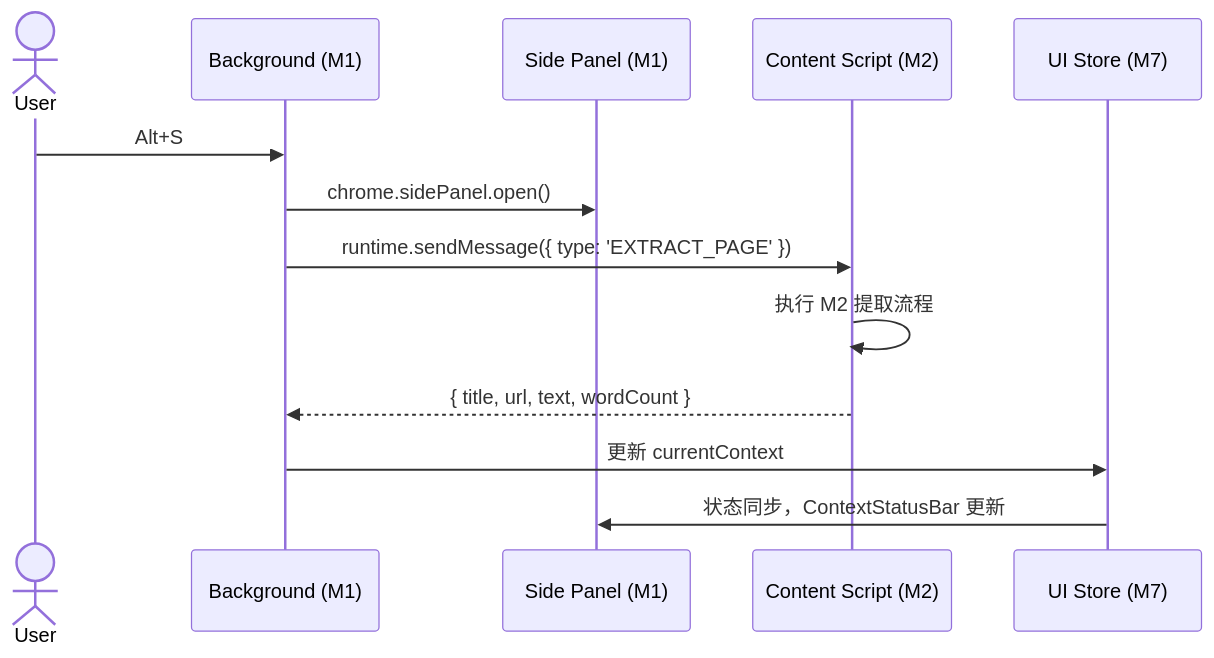
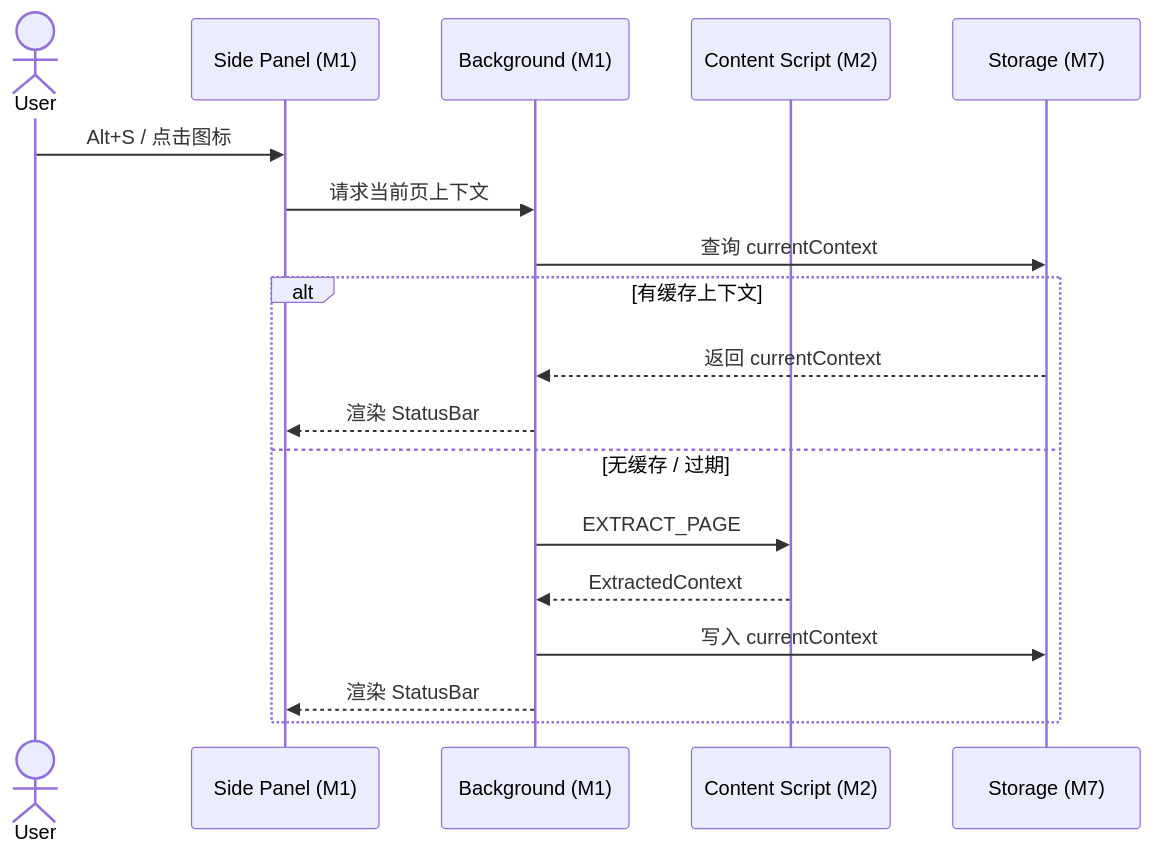
One commit to qqlcx5/ai-reader changed the diagram in doc/design-01-entry-layout.md. Above: the diagram before and after it, drawn with Mermaid. The commit also changed other lines of this file and 85 other files, not shown here.

````diff
--- a/doc/design-01-entry-layout.md
+++ b/doc/design-01-entry-layout.md
@@ -204,16 +253,21 @@
 ```mermaid
 sequenceDiagram
     actor User
+    participant Panel as Side Panel (M1)
     participant BG as Background (M1)
-    participant SP as Side Panel (M1)
     participant CS as Content Script (M2)
-    participant Store as UI Store (M7)
+    participant M7 as Storage (M7)
 
-    User->>BG: Alt+S
-    BG->>SP: chrome.sidePanel.open()
-    BG->>CS: runtime.sendMessage({ type: 'EXTRACT_PAGE' })
-    CS->>CS: 执行 M2 提取流程
-    CS-->>BG: { title, url, text, wordCount }
-    BG->>Store: 更新 currentContext
-    Store->>SP: 状态同步，ContextStatusBar 更新
+    User->>Panel: Alt+S / 点击图标
+    Panel->>BG: 请求当前页上下文
+    BG->>M7: 查询 currentContext
+    alt 有缓存上下文
+        M7-->>BG: 返回 currentContext
+        BG-->>Panel: 渲染 StatusBar
+    else 无缓存 / 过期
+        BG->>CS: EXTRACT_PAGE
+        CS-->>BG: ExtractedContext
+        BG->>M7: 写入 currentContext
+        BG-->>Panel: 渲染 StatusBar
+    end
 ```
````
